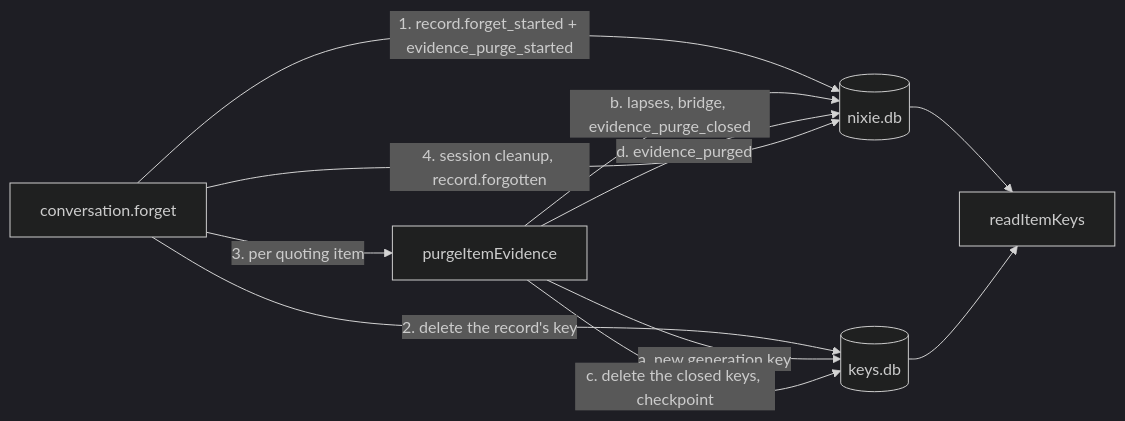
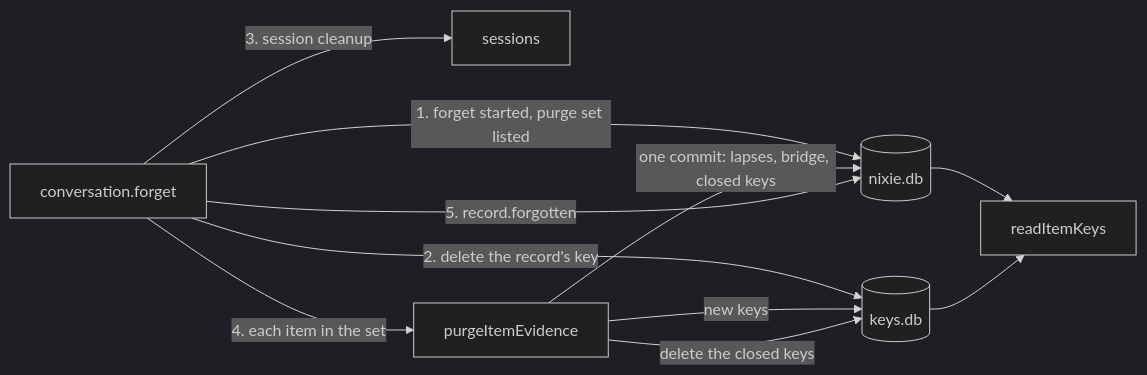
One commit to zgeoff/nixie changed the diagram in docs/design/queue/evidence-purge.md. Above: the diagram before and after it, drawn with Mermaid (dark theme). The commit also changed other lines of this file and 1 other file, not shown here.

Commit message:
docs: hide purged values from the forget start and widen the purge set

````diff
--- a/docs/design/queue/evidence-purge.md
+++ b/docs/design/queue/evidence-purge.md
@@ -24,13 +31,13 @@
 ```mermaid
 flowchart LR
-  forget[conversation.forget] -->|"1. record.forget_started + evidence_purge_started"| log[(nixie.db)]
+  forget[conversation.forget] -->|"1. forget started, purge set listed"| log[(nixie.db)]
   forget -->|"2. delete the record's key"| keys[(keys.db)]
-  forget -->|"3. per quoting item"| purge[purgeItemEvidence]
-  purge -->|"a. new generation key"| keys
-  purge -->|"b. lapses, bridge, evidence_purge_closed"| log
-  purge -->|"c. delete the closed keys, checkpoint"| keys
-  purge -->|"d. evidence_purged"| log
-  forget -->|"4. session cleanup, record.forgotten"| log
+  forget -->|"3. session cleanup"| sessions[sessions]
+  forget -->|"4. each item in the set"| purge[purgeItemEvidence]
+  purge -->|"new keys"| keys
+  purge -->|"one commit: lapses, bridge, closed keys"| log
+  purge -->|"delete the closed keys"| keys
+  forget -->|"5. record.forgotten"| log
   log --> lookup[readItemKeys]
   keys --> lookup
 ```
````
